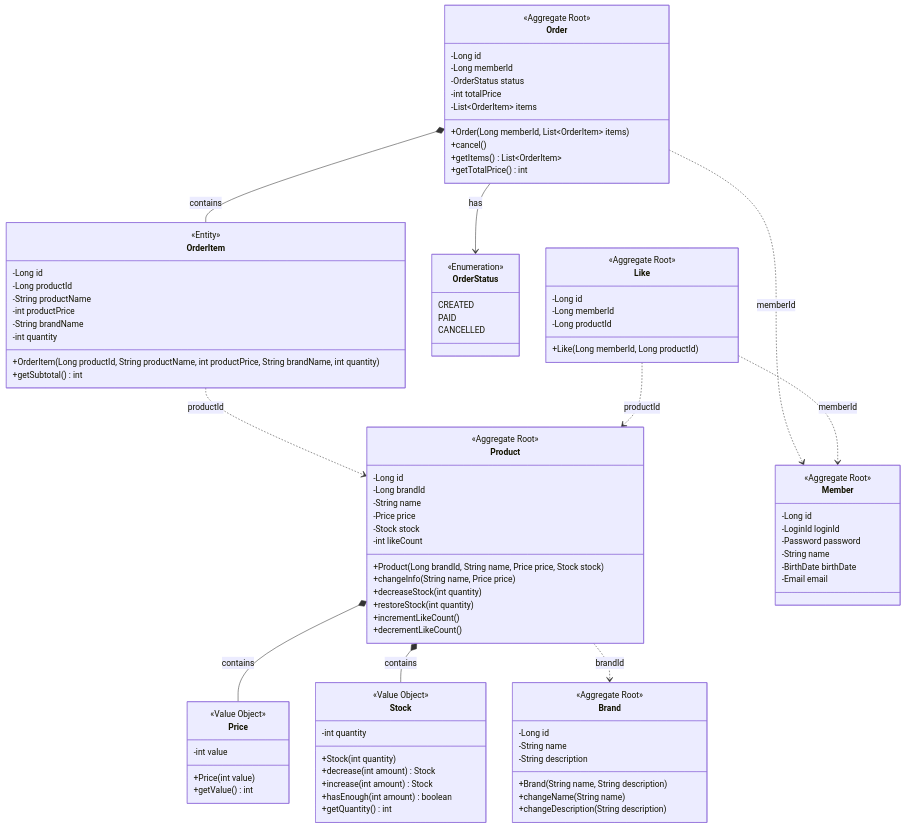
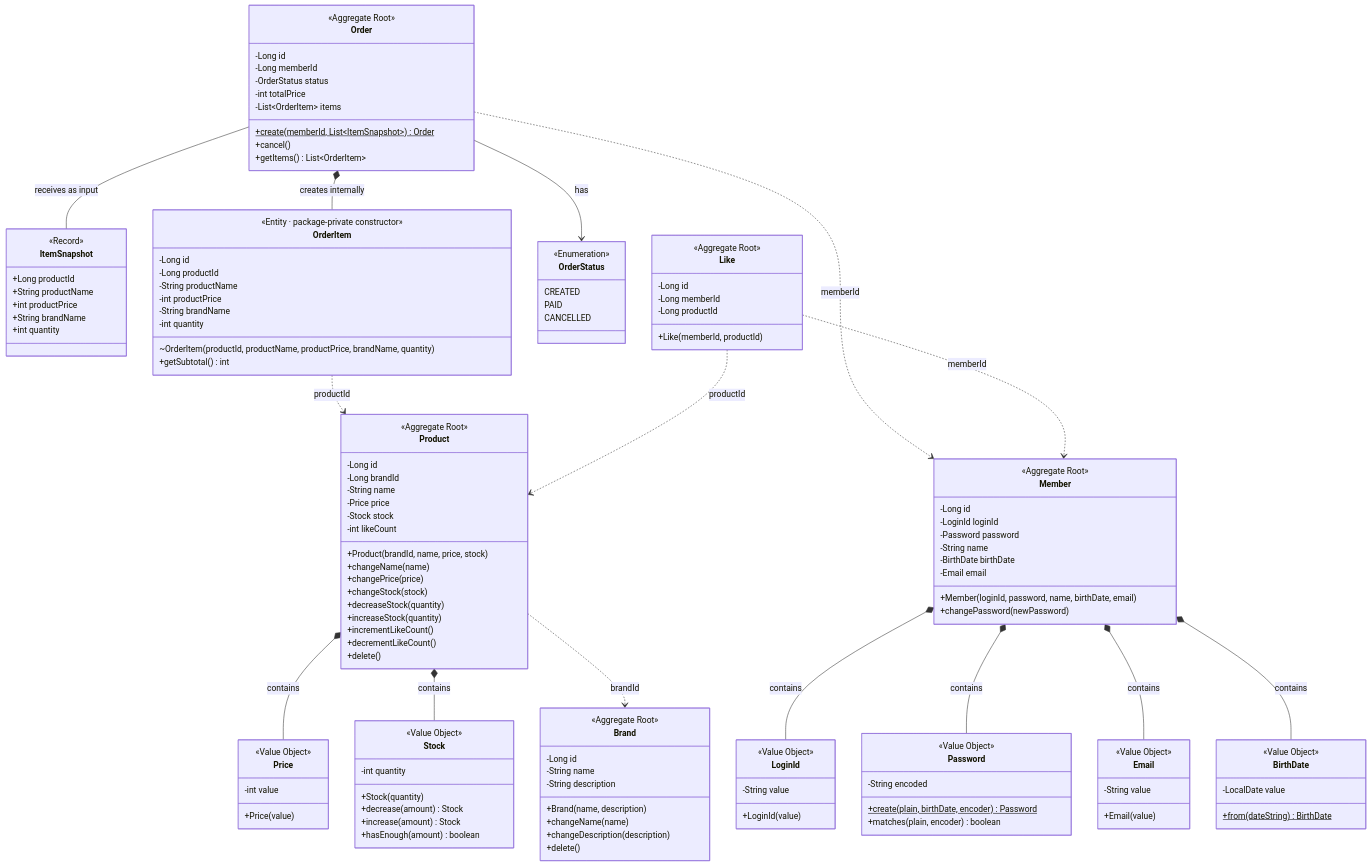
The second of 2 diagrams in docs/design/03-class-diagram.md (Loopers-dev-lab/loop-pack-be-l2-vol3-java), drawn with Mermaid before and after one commit. The commit also changed other lines of this file, not shown here.

First line of the commit message:
docs: 클래스 다이어그램을 현재 구현에 맞게 갱신

````diff
--- a/docs/design/03-class-diagram.md
+++ b/docs/design/03-class-diagram.md
@@ -47,9 +133,10 @@
         -Long id
         -String name
         -String description
-        +Brand(String name, String description)
-        +changeName(String name)
-        +changeDescription(String description)
+        +Brand(name, description)
+        +changeName(name)
+        +changeDescription(description)
+        +delete()
     }
 
     %% ===== Product Aggregate =====
@@ -61,29 +148,30 @@
         -Price price
         -Stock stock
         -int likeCount
-        +Product(Long brandId, String name, Price price, Stock stock)
-        +changeInfo(String name, Price price)
-        +decreaseStock(int quantity)
-        +restoreStock(int quantity)
+        +Product(brandId, name, price, stock)
+        +changeName(name)
+        +changePrice(price)
+        +changeStock(stock)
+        +decreaseStock(quantity)
+        +increaseStock(quantity)
         +incrementLikeCount()
         +decrementLikeCount()
+        +delete()
     }
 
     class Price {
         <<Value Object>>
         -int value
-        +Price(int value)
-        +getValue() int
+        +Price(value)
     }
 
     class Stock {
         <<Value Object>>
         -int quantity
-        +Stock(int quantity)
-        +decrease(int amount) Stock
-        +increase(int amount) Stock
-        +hasEnough(int amount) boolean
-        +getQuantity() int
+        +Stock(quantity)
+        +decrease(amount) Stock
+        +increase(amount) Stock
+        +hasEnough(amount) boolean
     }
 
     Product *-- Price : contains
@@ -97,21 +185,29 @@
         -OrderStatus status
         -int totalPrice
         -List~OrderItem~ items
-        +Order(Long memberId, List~OrderItem~ items)
+        +create(memberId, List~ItemSnapshot~)$ Order
         +cancel()
         +getItems() List~OrderItem~
-        +getTotalPrice() int
+    }
+
+    class ItemSnapshot {
+        <<Record>>
+        +Long productId
+        +String productName
+        +int productPrice
+        +String brandName
+        +int quantity
     }
 
     class OrderItem {
-        <<Entity>>
+        <<Entity · package-private constructor>>
         -Long id
         -Long productId
         -String productName
         -int productPrice
         -String brandName
         -int quantity
-        +OrderItem(Long productId, String productName, int productPrice, String brandName, int quantity)
+        ~OrderItem(productId, productName, productPrice, brandName, quantity)
         +getSubtotal() int
     }
 
@@ -122,7 +218,8 @@
         CANCELLED
     }
 
-    Order *-- OrderItem : contains
+    Order *-- OrderItem : creates internally
+    Order -- ItemSnapshot : receives as input
     Order --> OrderStatus : has
 
     %% ===== Like Aggregate =====
@@ -131,17 +228,10 @@
         -Long id
         -Long memberId
         -Long productId
-        +Like(Long memberId, Long productId)
+        +Like(memberId, productId)
     }
 
-    %% ===== 연관관계 (ID 참조) =====
-    Product ..> Brand : brandId
-    Order ..> Member : memberId
-    OrderItem ..> Product : productId
-    Like ..> Member : memberId
-    Like ..> Product : productId
-
-    %% ===== Member (1주차 완성) =====
+    %% ===== Member Aggregate =====
     class Member {
         <<Aggregate Root>>
         -Long id
@@ -150,5 +240,44 @@
         -String name
         -BirthDate birthDate
         -Email email
+        +Member(loginId, password, name, birthDate, email)
+        +changePassword(newPassword)
     }
+
+    class LoginId {
+        <<Value Object>>
+        -String value
+        +LoginId(value)
+    }
+
+    class Password {
+        <<Value Object>>
+        -String encoded
+        +create(plain, birthDate, encoder)$ Password
+        +matches(plain, encoder) boolean
+    }
+
+    class Email {
+        <<Value Object>>
+        -String value
+        +Email(value)
+    }
+
+    class BirthDate {
+        <<Value Object>>
+        -LocalDate value
+        +from(dateString)$ BirthDate
+    }
+
+    Member *-- LoginId : contains
+    Member *-- Password : contains
+    Member *-- Email : contains
+    Member *-- BirthDate : contains
+
+    %% ===== Aggregate 간 ID 참조 =====
+    Product ..> Brand : brandId
+    Order ..> Member : memberId
+    OrderItem ..> Product : productId
+    Like ..> Member : memberId
+    Like ..> Product : productId
 ```
````
